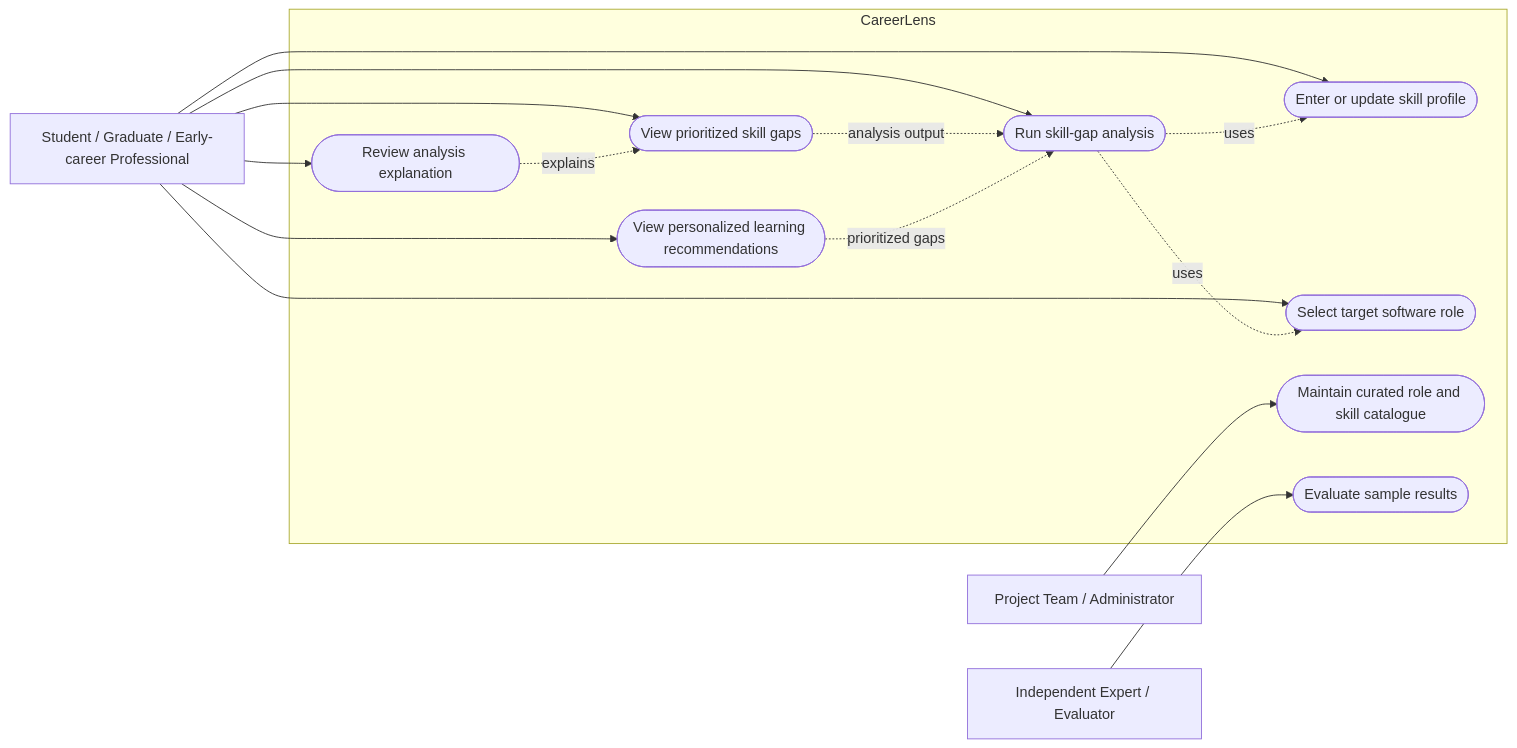
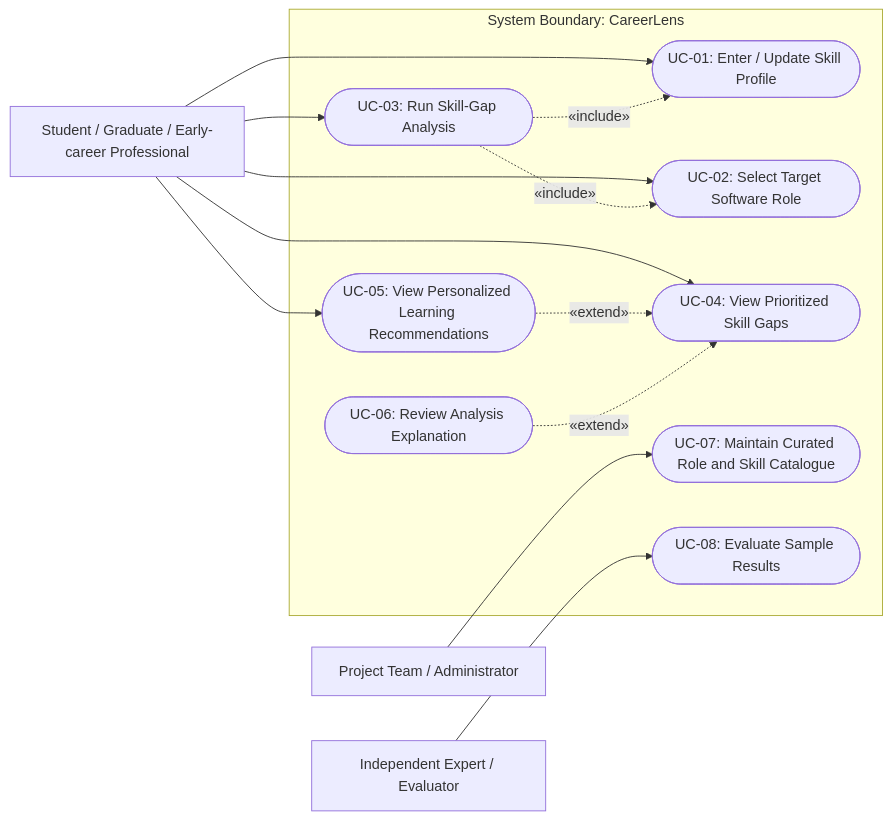
The diagram in docs/07-architecture/use-case.md (duesenbek/intelligent-skill-gap-analysis), drawn with Mermaid before and after one commit. The commit also changed other lines of this file and 4 other files, not shown here.

Commit message:
DIP: Formalize UML use case relations, align component diagram, and sync requirement IDs in evaluation plan

````diff
--- a/docs/07-architecture/use-case.md
+++ b/docs/07-architecture/use-case.md
@@ -6,32 +6,30 @@
 ```mermaid
 flowchart LR
     User[Student / Graduate / Early-career Professional]
     Admin[Project Team / Administrator]
     Expert[Independent Expert / Evaluator]
 
-    subgraph System[CareerLens]
-        UC1([Enter or update skill profile])
-        UC2([Select target software role])
-        UC3([Run skill-gap analysis])
-        UC4([View prioritized skill gaps])
-        UC5([View personalized learning recommendations])
-        UC6([Review analysis explanation])
-        UC7([Maintain curated role and skill catalogue])
-        UC8([Evaluate sample results])
+    subgraph System[System Boundary: CareerLens]
+        UC1([UC-01: Enter / Update Skill Profile])
+        UC2([UC-02: Select Target Software Role])
+        UC3([UC-03: Run Skill-Gap Analysis])
+        UC4([UC-04: View Prioritized Skill Gaps])
+        UC5([UC-05: View Personalized Learning Recommendations])
+        UC6([UC-06: Review Analysis Explanation])
+        UC7([UC-07: Maintain Curated Role and Skill Catalogue])
+        UC8([UC-08: Evaluate Sample Results])
     end
 
     User --> UC1
     User --> UC2
     User --> UC3
     User --> UC4
     User --> UC5
-    User --> UC6
     Admin --> UC7
     Expert --> UC8
 
-    UC3 -.->|uses| UC1
-    UC3 -.->|uses| UC2
-    UC4 -.->|analysis output| UC3
-    UC5 -.->|prioritized gaps| UC3
-    UC6 -.->|explains| UC4
+    UC3 -.->|&laquo;include&raquo;| UC1
+    UC3 -.->|&laquo;include&raquo;| UC2
+    UC5 -.->|&laquo;extend&raquo;| UC4
+    UC6 -.->|&laquo;extend&raquo;| UC4
 ```
````
